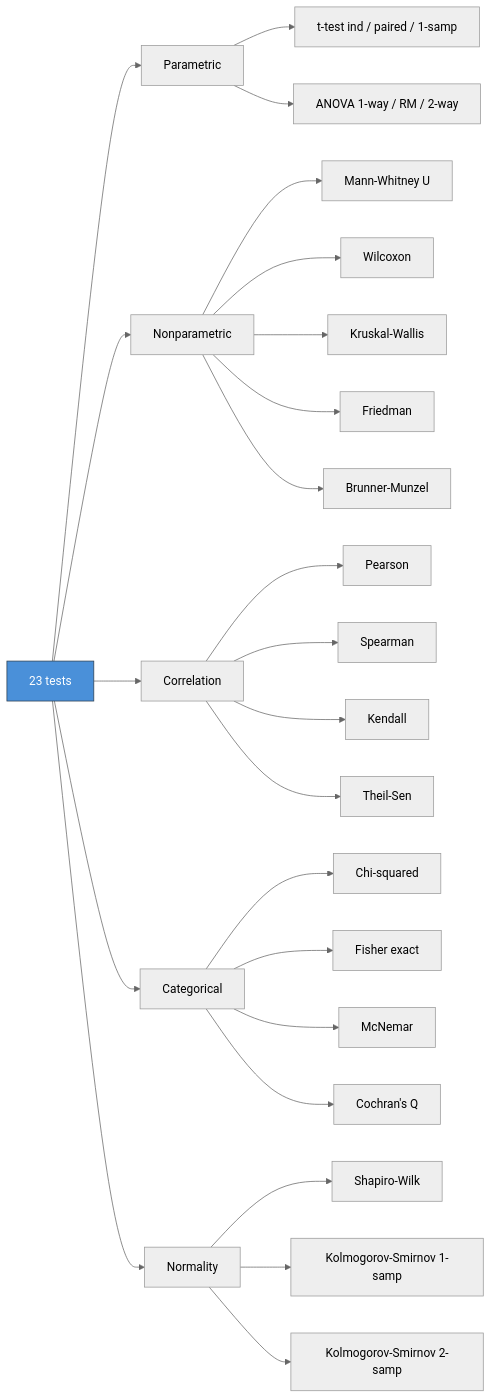
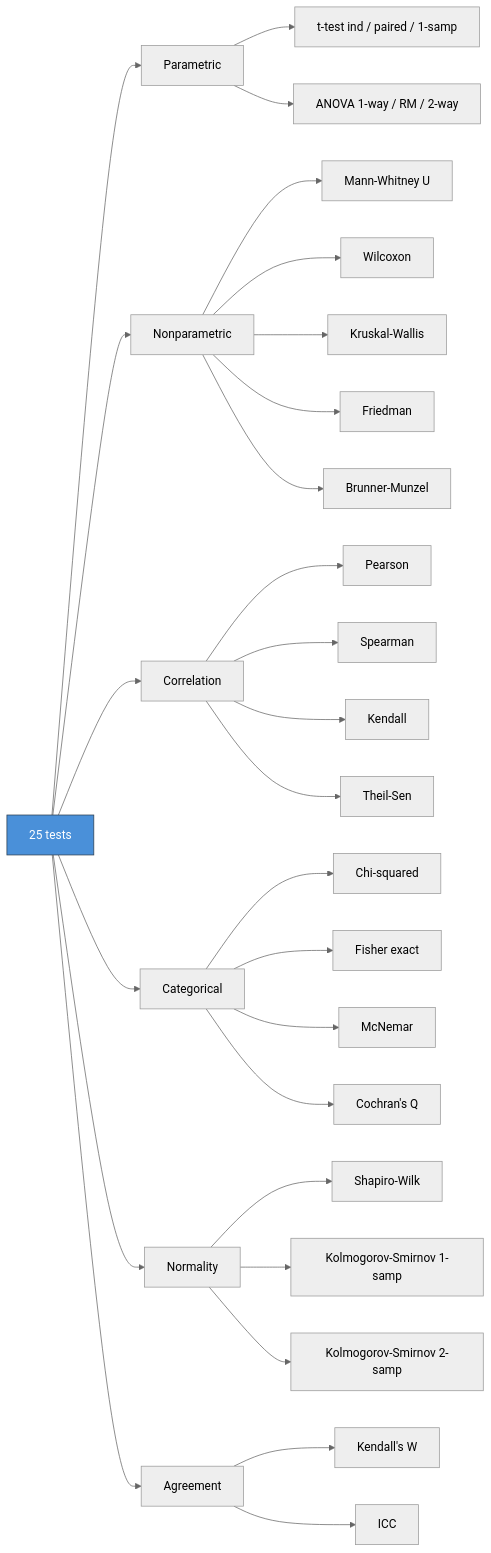
One commit to scitex-ai/scitex-stats changed the second of 3 diagrams in README.md. Above: the diagram before and after it, drawn with Mermaid (neutral theme). The commit also changed other lines of this file and 9 other files, not shown here.

````diff
--- a/README.md
+++ b/README.md
@@ -235,33 +236,37 @@
 ```mermaid
 flowchart LR
-    All[23 tests] --> P[Parametric]
+    All[25 tests] --> P[Parametric]
     All --> N[Nonparametric]
     All --> C[Correlation]
     All --> Cat[Categorical]
     All --> Norm[Normality]
+    All --> Agr[Agreement]
 
     P --> P1[t-test ind / paired / 1-samp]
     P --> P2[ANOVA 1-way / RM / 2-way]
 
     N --> N1[Mann-Whitney U]
     N --> N2[Wilcoxon]
     N --> N3[Kruskal-Wallis]
     N --> N4[Friedman]
     N --> N5[Brunner-Munzel]
 
     C --> C1[Pearson]
     C --> C2[Spearman]
     C --> C3[Kendall]
     C --> C4[Theil-Sen]
 
     Cat --> Cat1[Chi-squared]
     Cat --> Cat2[Fisher exact]
     Cat --> Cat3[McNemar]
     Cat --> Cat4[Cochran's Q]
 
     Norm --> Norm1[Shapiro-Wilk]
     Norm --> Norm2[Kolmogorov-Smirnov 1-samp]
     Norm --> Norm3[Kolmogorov-Smirnov 2-samp]
 
+    Agr --> Agr1[Kendall's W]
+    Agr --> Agr2[ICC]
+
     style All fill:#4a90d9,stroke:#2c3e50,color:#fff
 ```
````
